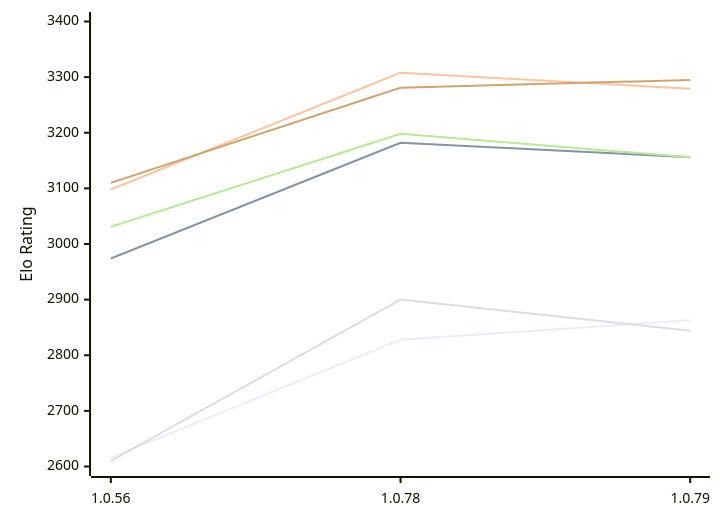
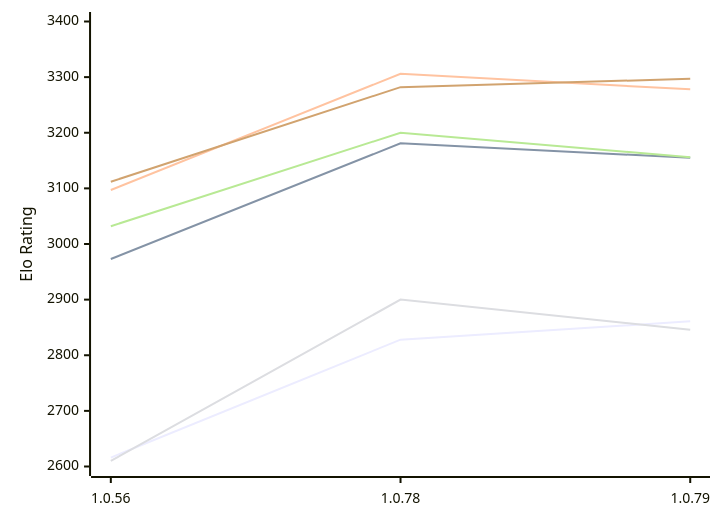
Before and after one commit to computer-chess-index/cci: the first of 2 diagrams in engines/RustyRival.md, drawn with Mermaid. The commit also changed other lines of this file, not shown here.

Commit message:
Update CCI Ratings (ELO VLTC) - 2026-11-28

````diff
--- a/engines/RustyRival.md
+++ b/engines/RustyRival.md
@@ -65,12 +65,12 @@
 ```mermaid
 %%{init: {"theme":"base","themeVariables":{"seriesColors:['#a3a3a3','#222221','#faa371']}}}%%
 xychart-beta
   x-axis ["1.0.56", "1.0.78", "1.0.79"]
   y-axis "Elo Rating" 2600 --> 3400
-  line "E1: STC (8.0+0.08s)" [2616, 2828, 2863]
-  line "E1: LTC (60.0+0.60s)" [2974, 3182, 3156]
-  line "E1: VLTC (2m24s+1.12s)" [3098, 3308, 3279]
-  line "P1: STC (8.0+0.08s)" [2610, 2900, 2844]
-  line "P1: LTC (60.0+0.60s)" [3031, 3198, 3156]
-  line "P1: VLTC (2m24s+1.12s)" [3110, 3281, 3295]
+  line "E1: STC (8.0+0.08s)" [2616, 2828, 2861]
+  line "E1: LTC (60.0+0.60s)" [2973, 3181, 3155]
+  line "E1: VLTC (2m24s+1.12s)" [3097, 3306, 3278]
+  line "P1: STC (8.0+0.08s)" [2610, 2900, 2846]
+  line "P1: LTC (60.0+0.60s)" [3032, 3200, 3156]
+  line "P1: VLTC (2m24s+1.12s)" [3112, 3282, 3297]
 ```
````
